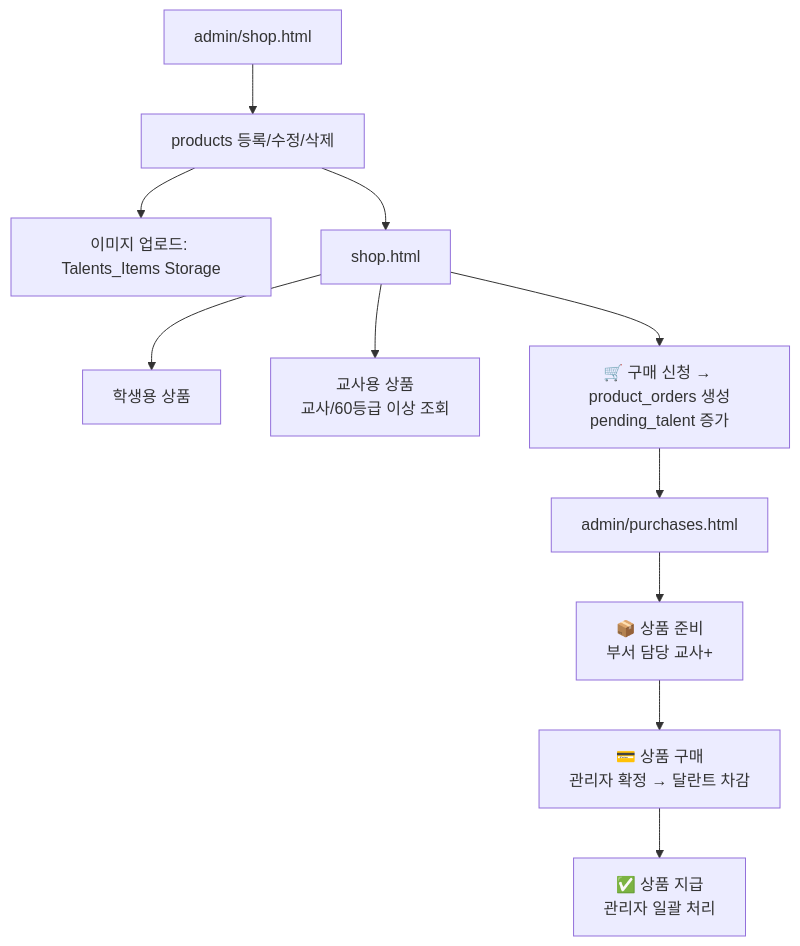
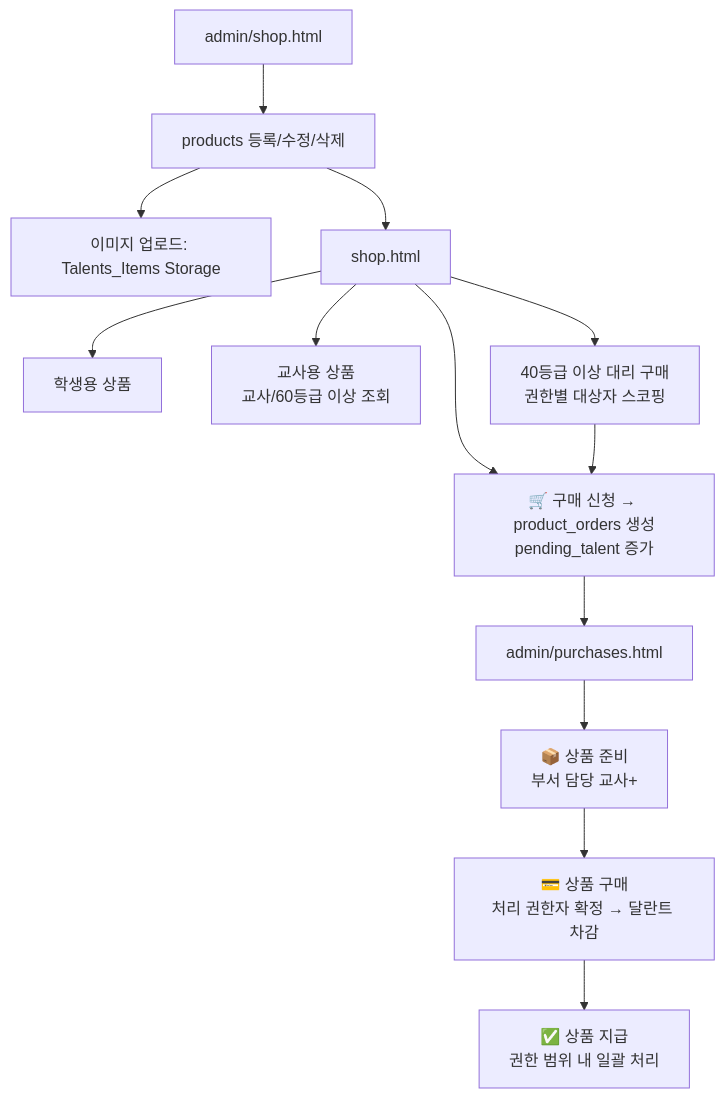
The sixth of 6 diagrams in README.md (CHO-Talents/CHO-Talents), drawn with Mermaid before and after one commit. The commit also changed other lines of this file and 4 other files, not shown here.

````diff
--- a/README.md
+++ b/README.md
@@ -265,13 +274,15 @@
 ```mermaid
 flowchart TD
   AdminShop["admin/shop.html"] --> ProductCRUD["products 등록/수정/삭제"]
   ProductCRUD --> Storage["이미지 업로드: Talents_Items Storage"]
   ProductCRUD --> PublicShop["shop.html"]
   PublicShop --> StudentGoods["학생용 상품"]
   PublicShop --> TeacherGoods["교사용 상품<br/>교사/60등급 이상 조회"]
   PublicShop --> OrderRequest["🛒 구매 신청 → product_orders 생성<br/>pending_talent 증가"]
+  PublicShop --> ProxyOrder["40등급 이상 대리 구매<br/>권한별 대상자 스코핑"]
+  ProxyOrder --> OrderRequest
   OrderRequest --> PurchaseMgmt["admin/purchases.html"]
   PurchaseMgmt --> Preparing["📦 상품 준비<br/>부서 담당 교사+"]
-  Preparing --> Purchased["💳 상품 구매<br/>관리자 확정 → 달란트 차감"]
-  Purchased --> Delivered["✅ 상품 지급<br/>관리자 일괄 처리"]
+  Preparing --> Purchased["💳 상품 구매<br/>처리 권한자 확정 → 달란트 차감"]
+  Purchased --> Delivered["✅ 상품 지급<br/>권한 범위 내 일괄 처리"]
 ```
````
